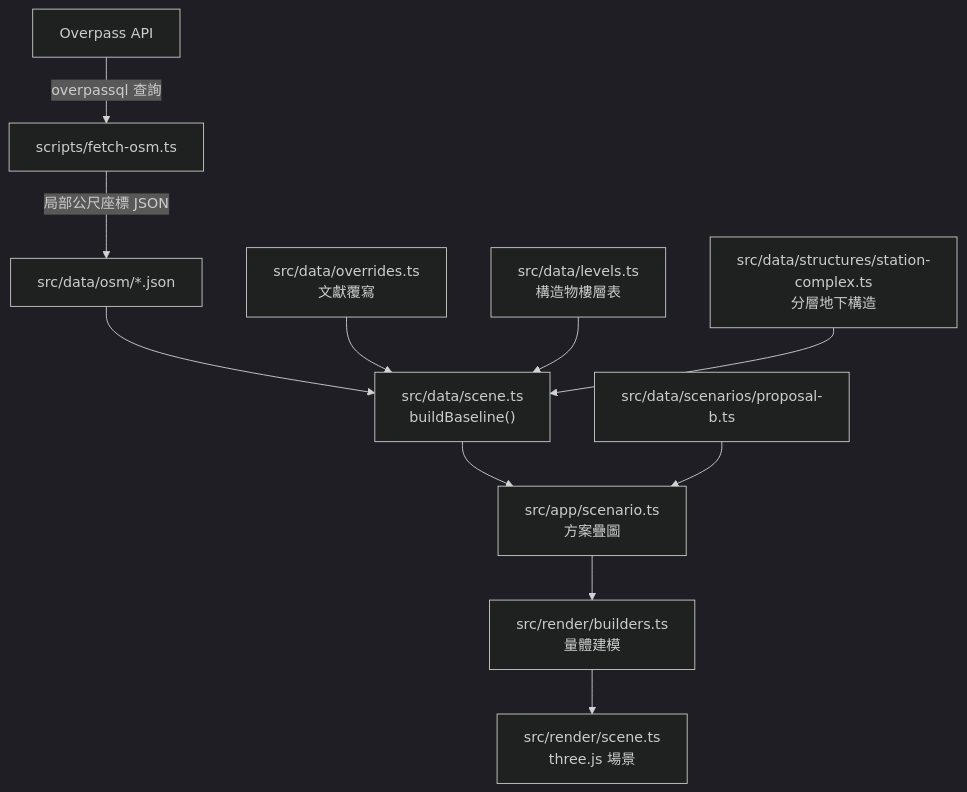
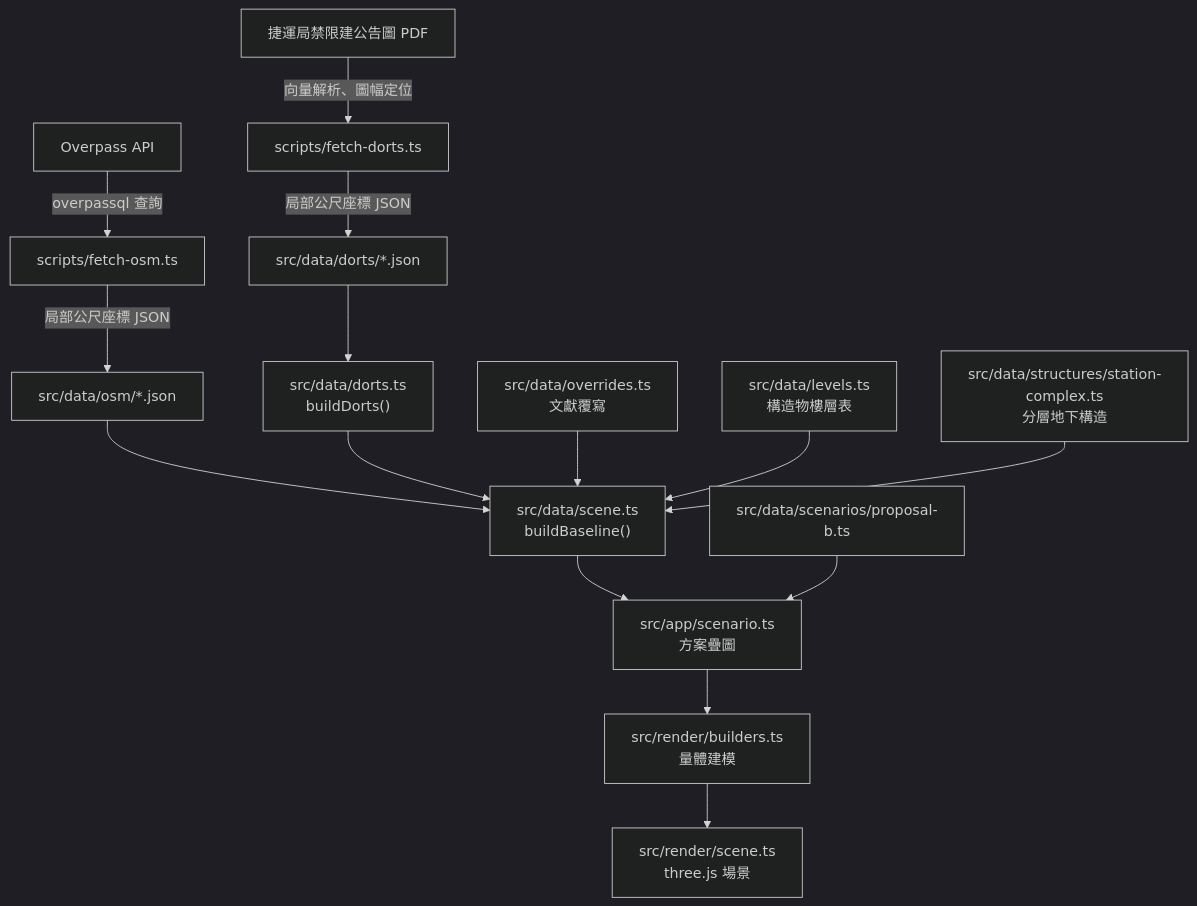
One commit to rschiang/kitameet changed the diagram in docs/architecture.md. Above: the diagram before and after it, drawn with Mermaid (dark theme). The commit also changed other lines of this file and 32 other files, not shown here.

First line of the commit message:
匯入捷運禁限建公告圖，重建地下結構與地形底圖

````diff
--- a/docs/architecture.md
+++ b/docs/architecture.md
@@ -7,13 +7,17 @@
 ```mermaid
 graph TD
     overpass["Overpass API"] -- "overpassql 查詢" --> fetch["scripts/fetch-osm.ts"]
     fetch -- "局部公尺座標 JSON" --> osm["src/data/osm/*.json"]
+    dortspdf["捷運局禁限建公告圖 PDF"] -- "向量解析、圖幅定位" --> fetchd["scripts/fetch-dorts.ts"]
+    fetchd -- "局部公尺座標 JSON" --> dorts["src/data/dorts/*.json"]
     osm --> scene["src/data/scene.ts<br/>buildBaseline()"]
+    dorts --> dortsmod["src/data/dorts.ts<br/>buildDorts()"]
+    dortsmod --> scene
     overrides["src/data/overrides.ts<br/>文獻覆寫"] --> scene
     levels["src/data/levels.ts<br/>構造物樓層表"] --> scene
     structures["src/data/structures/station-complex.ts<br/>分層地下構造"] --> scene
     scene --> scenario["src/app/scenario.ts<br/>方案疊圖"]
     proposal["src/data/scenarios/proposal-b.ts"] --> scenario
     scenario --> builders["src/render/builders.ts<br/>量體建模"]
     builders --> viewer["src/render/scene.ts<br/>three.js 場景"]
 ```
````
